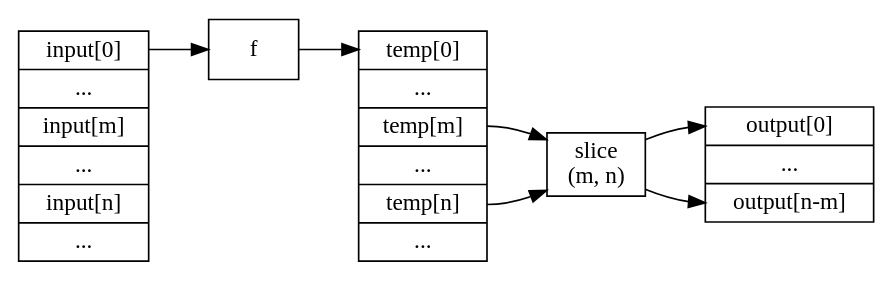
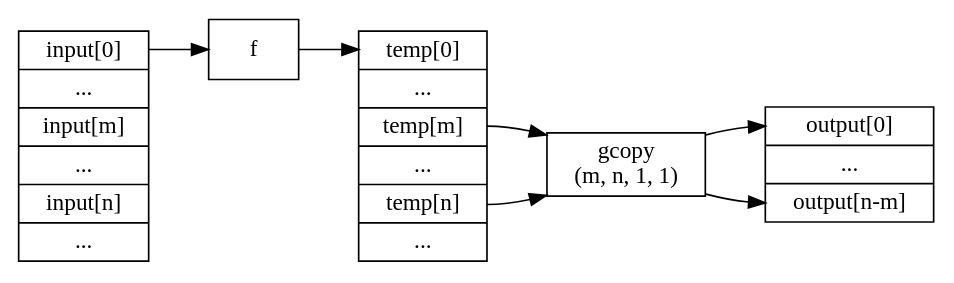
The diagram in figures/vp-reorder-1.dot (pysuxing/master-thesis), drawn with Graphviz before and after one commit. The commit also changed 15 other files, not shown here.

```diff
--- a/figures/vp-reorder-1.dot
+++ b/figures/vp-reorder-1.dot
@@ -1,18 +1,18 @@
 digraph g {
         rankdir=LR;
 
         node[shape=record];
 
         input[shape=record, label="<p0> input[0] | ... | <p1> input[m] | ... | <p2> input[n] | ..."];
         map[label="f"];
         temp[shape=record, label="<p0> temp[0] | ... | <p1> temp[m] | ... | <p2> temp[n] | ..."];
-        slice[label="slice\n(m, n)"];
+        gcopy[label="gcopy\n(m, n, 1, 1)"];
         output[shape=record, label="<p0> output[0] | ... | <p1> output[n-m]"];
 
         input:p0 -> map;
         map -> temp:p0;
-        temp:p1 -> slice;
-        temp:p2 -> slice;
-        slice -> output:p0;
-        slice -> output:p1;
+        temp:p1 -> gcopy;
+        temp:p2 -> gcopy;
+        gcopy -> output:p0;
+        gcopy -> output:p1;
 }
```
